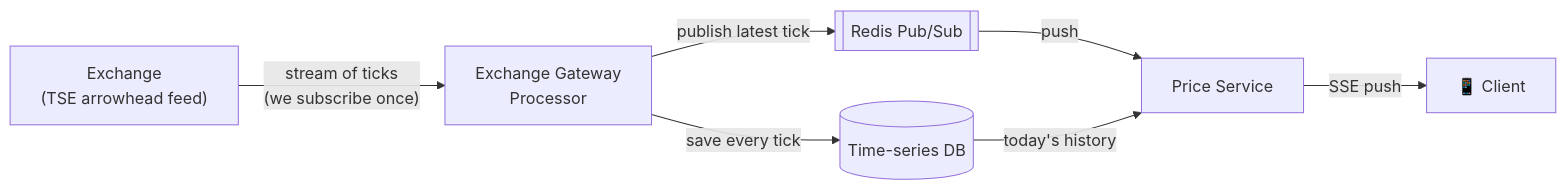
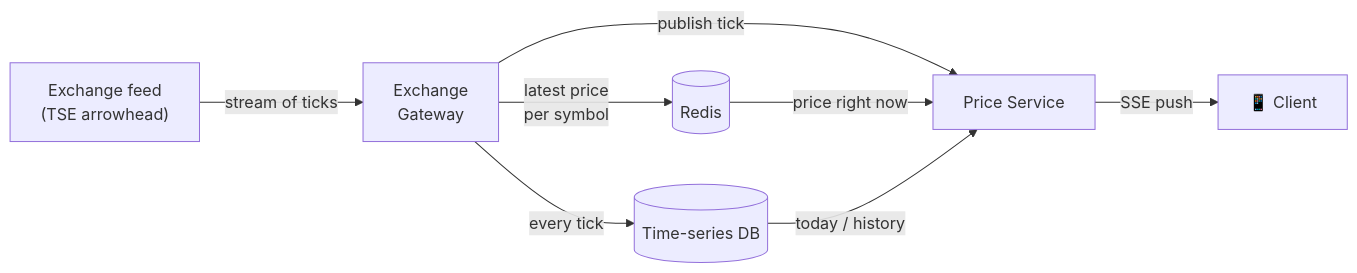
The third of 8 diagrams in 11_Paypay_Interview/PayPay_Securities_Design_HLD_LLD.md (someshsangwan/SDE-Vault), drawn with Mermaid before and after one commit. The commit also changed other lines of this file, not shown here.

````diff
--- a/11_Paypay_Interview/PayPay_Securities_Design_HLD_LLD.md
+++ b/11_Paypay_Interview/PayPay_Securities_Design_HLD_LLD.md
@@ -133,9 +147,10 @@
 ```mermaid
 flowchart LR
-    EX["Exchange<br/>(TSE arrowhead feed)"] -->|"stream of ticks<br/>(we subscribe once)"| EGP["Exchange Gateway<br/>Processor"]
-    EGP -->|save every tick| TS[("Time-series DB")]
-    EGP -->|publish latest tick| R[["Redis Pub/Sub"]]
-    R -->|push| PS["Price Service"]
-    TS -->|today's history| PS
+    EX["Exchange feed<br/>(TSE arrowhead)"] -->|"stream of ticks"| EGW["Exchange<br/>Gateway"]
+    EGW -->|"latest price<br/>per symbol"| R[("Redis")]
+    EGW -->|"every tick"| TS[("Time-series DB")]
+    EGW -->|"publish tick"| PS["Price Service"]
+    R -->|"price right now"| PS
+    TS -->|"today / history"| PS
     PS -->|"SSE push"| C["📱 Client"]
 ```
````
